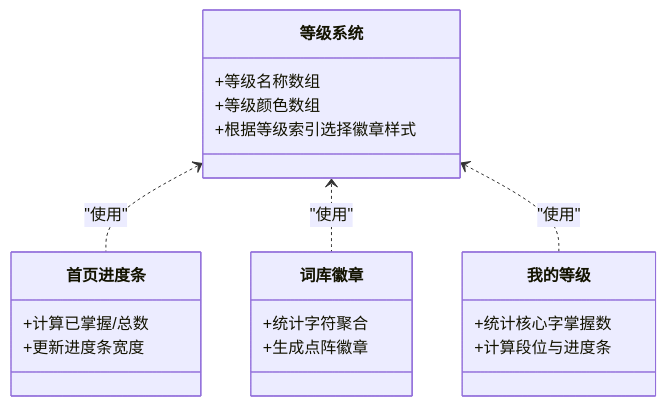
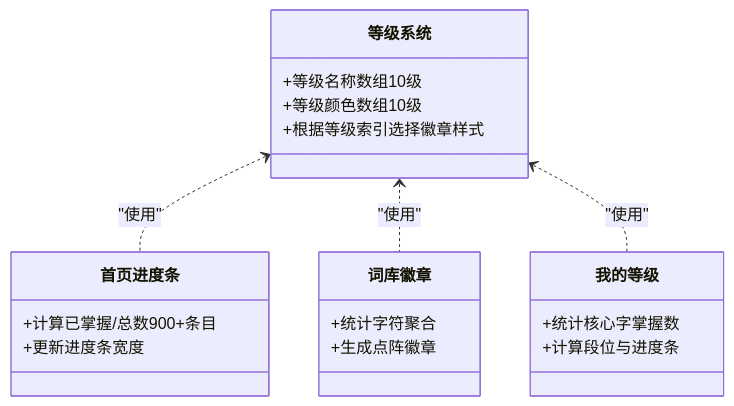
One commit to lukefun/wenyanbai-demo-v2 changed the fifth of 6 diagrams in .qoder/repowiki/zh/content/核心功能/词库浏览.md. Above: the diagram before and after it, drawn with Mermaid. The commit also changed other lines of this file and 6 other files, not shown here.

````diff
--- a/.qoder/repowiki/zh/content/核心功能/词库浏览.md
+++ b/.qoder/repowiki/zh/content/核心功能/词库浏览.md
@@ -172,23 +188,23 @@
 ```mermaid
 classDiagram
 class 等级系统 {
-+等级名称数组
-+等级颜色数组
++等级名称数组10级
++等级颜色数组10级
 +根据等级索引选择徽章样式
 }
 class 首页进度条 {
-+计算已掌握/总数
++计算已掌握/总数900+条目
 +更新进度条宽度
 }
 class 词库徽章 {
 +统计字符聚合
 +生成点阵徽章
 }
 class 我的等级 {
 +统计核心字掌握数
 +计算段位与进度条
 }
 等级系统 <.. 首页进度条 : "使用"
 等级系统 <.. 词库徽章 : "使用"
 等级系统 <.. 我的等级 : "使用"
 ```
````
